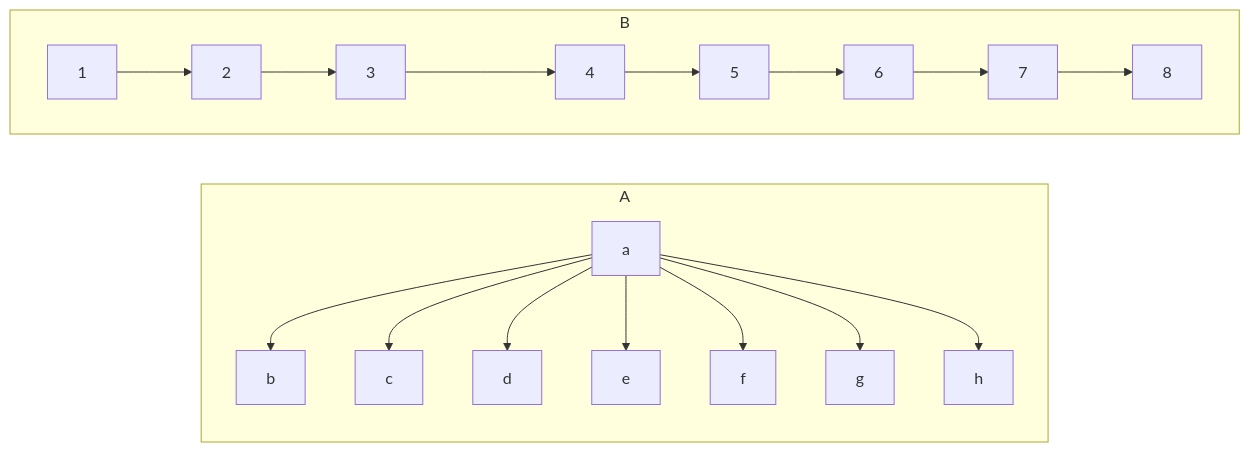
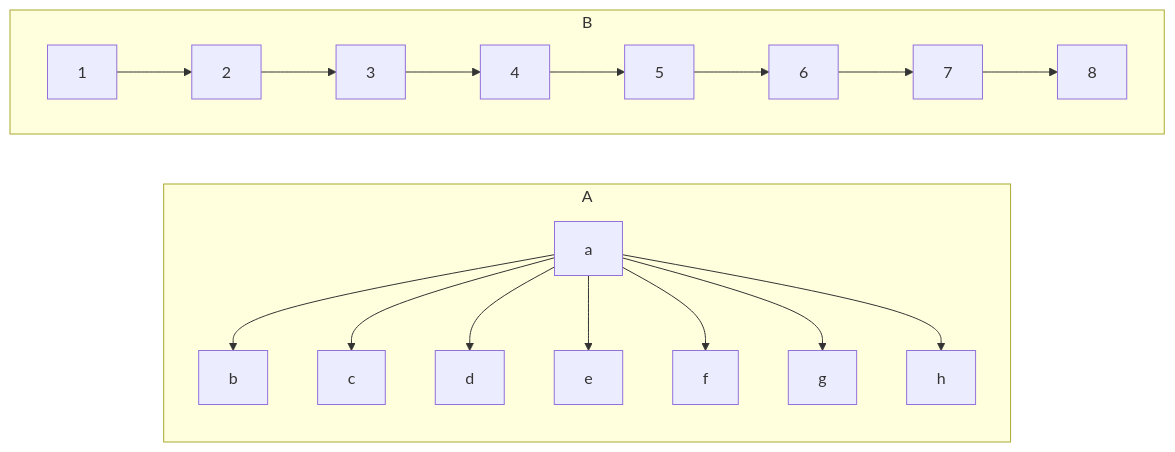
One commit to bweston6/uol-cs-notes changed the first of 2 diagrams in docs/comp324/lectures/_posts/2023-02-06-1.md. Above: the diagram before and after it, drawn with Mermaid.

Commit message:
Fixing extra long line

````diff
--- a/docs/comp324/lectures/_posts/2023-02-06-1.md
+++ b/docs/comp324/lectures/_posts/2023-02-06-1.md
@@ -38,16 +38,16 @@
 ```mermaid
 graph LR
 subgraph A
 a --> b
 a --> c
 a --> d
 a --> e
 a --> f
 a --> g
 a --> h
 end
 subgraph B
 direction LR
-1 --> 2 --> 3 ---> 4 --> 5 --> 6 --> 7 --> 8
+1 --> 2 --> 3 --> 4 --> 5 --> 6 --> 7 --> 8
 end
 ```
````
